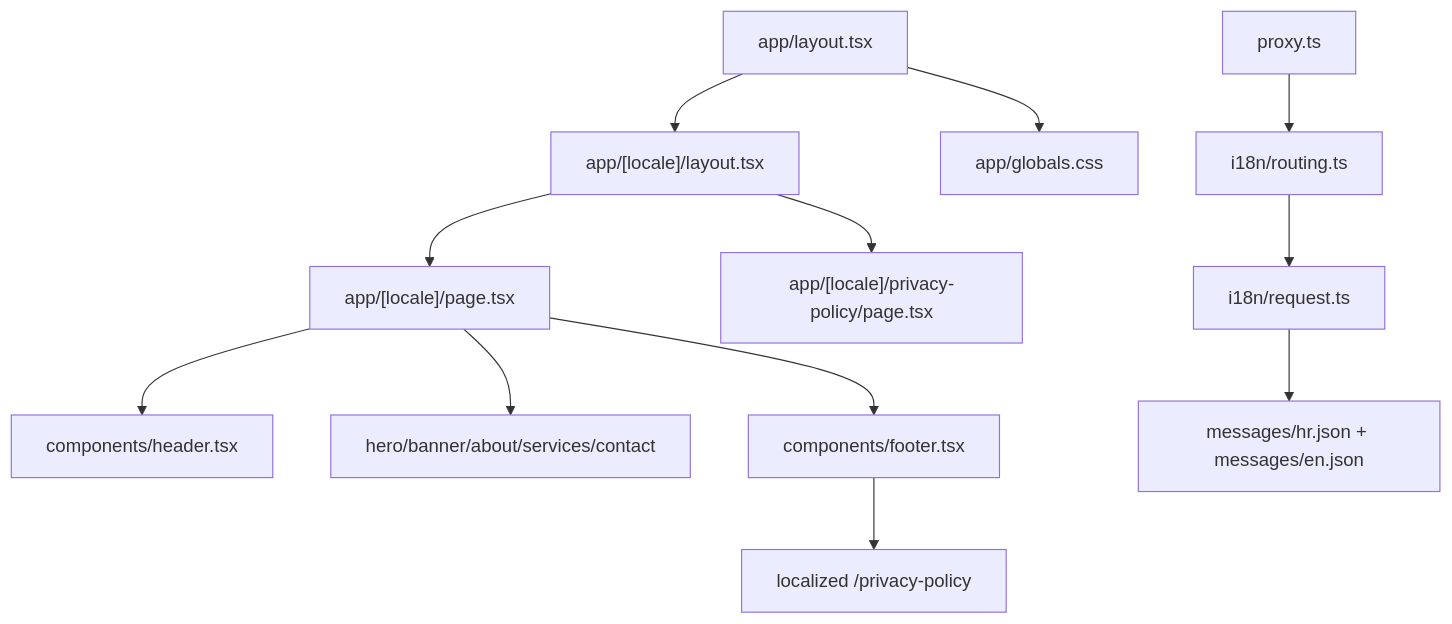
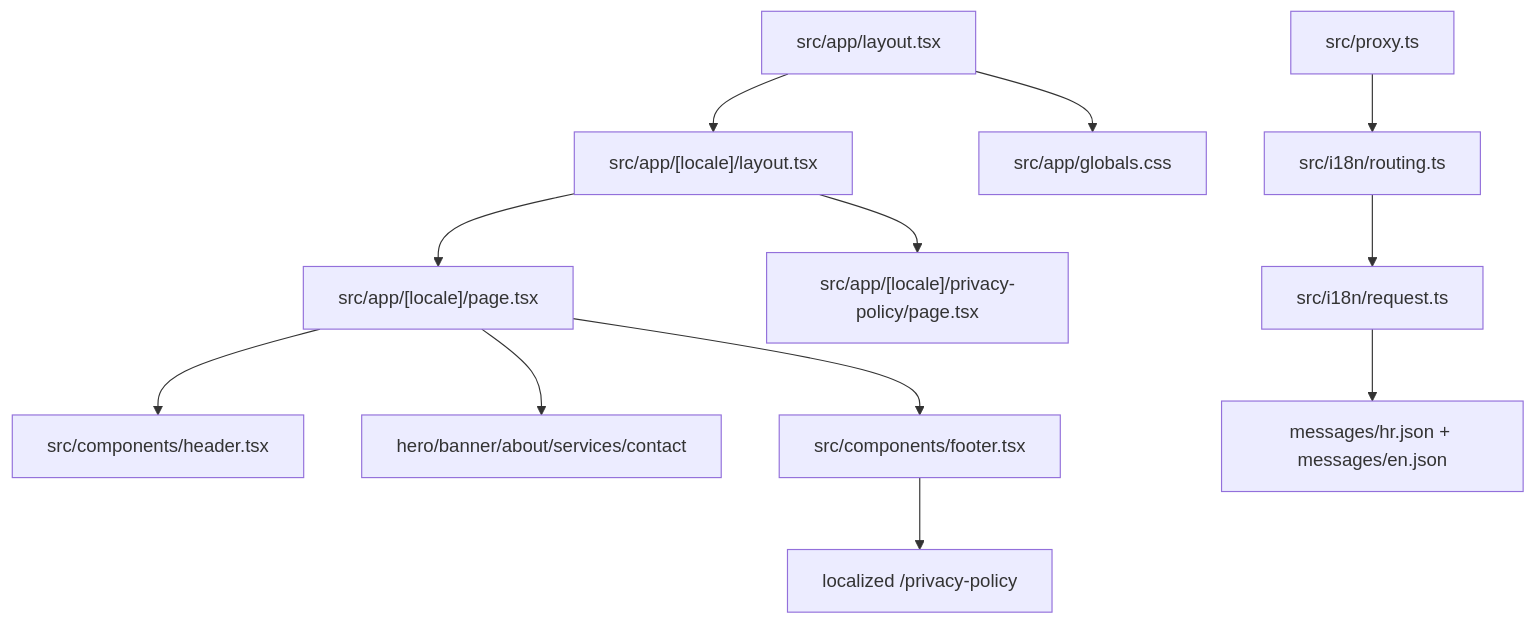
One commit to ipavic933-spec/website-pavic changed the diagram in lode/summary.md. Above: the diagram before and after it, drawn with Mermaid. The commit also changed other lines of this file and 79 other files, not shown here.

````diff
--- a/lode/summary.md
+++ b/lode/summary.md
@@ -11,14 +11,14 @@
 ```mermaid
 graph TD
-  Layout["app/layout.tsx"] --> LocaleLayout["app/[locale]/layout.tsx"]
-  LocaleLayout --> HomePage["app/[locale]/page.tsx"]
-  LocaleLayout --> PrivacyPage["app/[locale]/privacy-policy/page.tsx"]
-  HomePage --> Header["components/header.tsx"]
+  Layout["src/app/layout.tsx"] --> LocaleLayout["src/app/[locale]/layout.tsx"]
+  LocaleLayout --> HomePage["src/app/[locale]/page.tsx"]
+  LocaleLayout --> PrivacyPage["src/app/[locale]/privacy-policy/page.tsx"]
+  HomePage --> Header["src/components/header.tsx"]
   HomePage --> Sections["hero/banner/about/services/contact"]
-  HomePage --> Footer["components/footer.tsx"]
+  HomePage --> Footer["src/components/footer.tsx"]
   Footer --> PrivacyLink["localized /privacy-policy"]
-  Proxy["proxy.ts"] --> Routing["i18n/routing.ts"]
-  Routing --> Request["i18n/request.ts"]
+  Proxy["src/proxy.ts"] --> Routing["src/i18n/routing.ts"]
+  Routing --> Request["src/i18n/request.ts"]
   Request --> Messages["messages/hr.json + messages/en.json"]
-  Layout --> Globals["app/globals.css"]
+  Layout --> Globals["src/app/globals.css"]
 ```
````
